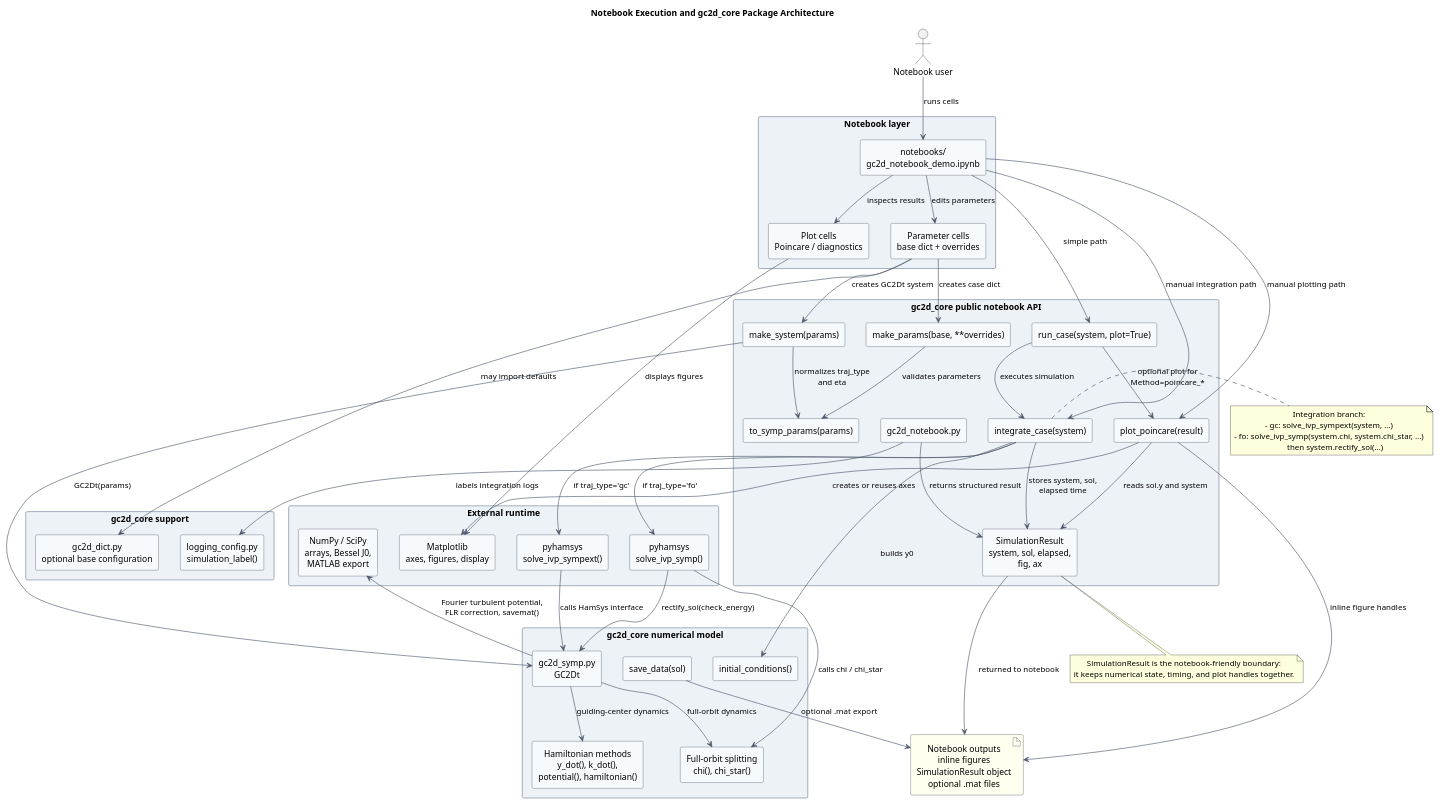
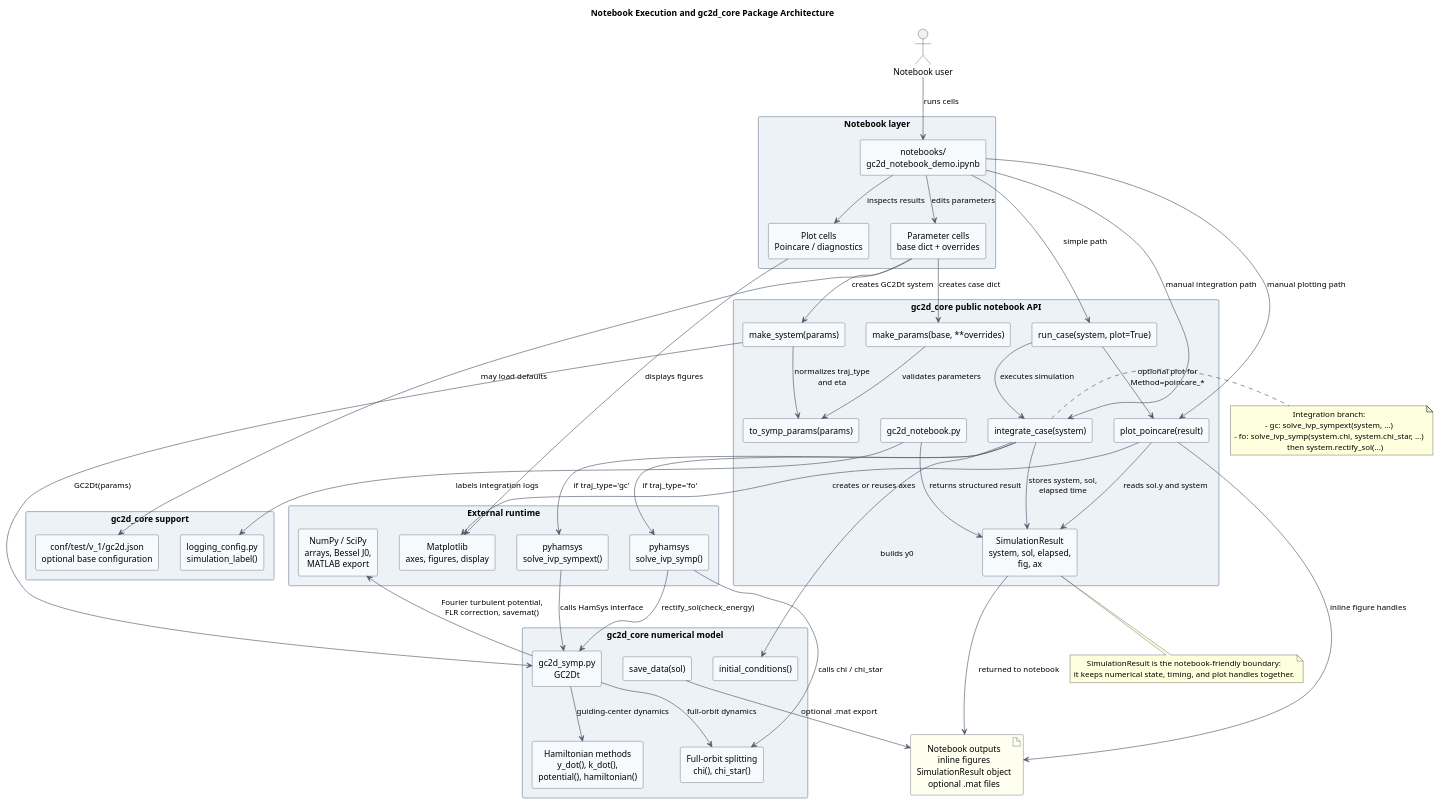
Before and after one commit to Jugibe-52/GC2D_intranet: the diagram in docs/notebook_core_architecture.puml, drawn with PlantUML. The commit also changed 15 other files, not shown here.

Commit message:
Add JSON configuration hierarchy

```diff
--- a/docs/notebook_core_architecture.puml
+++ b/docs/notebook_core_architecture.puml
@@ -1,111 +1,111 @@
 @startuml GC2D_notebook_core_architecture
 title Notebook Execution and gc2d_core Package Architecture
 
 skinparam componentStyle rectangle
 skinparam shadowing false
 skinparam packageStyle rectangle
 skinparam defaultTextAlignment center
 skinparam ArrowColor #4A5568
 skinparam ComponentBorderColor #2D3748
 skinparam ComponentBackgroundColor #F7FAFC
 skinparam PackageBorderColor #718096
 skinparam PackageBackgroundColor #EDF2F7
 skinparam ArtifactBorderColor #2D3748
 skinparam ArtifactBackgroundColor #FFFFF0
 
 actor "Notebook user" as user
 
 package "Notebook layer" {
   component "notebooks/\ngc2d_notebook_demo.ipynb" as notebook
   component "Parameter cells\nbase dict + overrides" as params_cells
   component "Plot cells\nPoincare / diagnostics" as plot_cells
 }
 
 package "gc2d_core public notebook API" {
   component "gc2d_notebook.py" as notebook_api
   component "make_params(base, **overrides)" as make_params
   component "make_system(params)" as make_system
   component "to_symp_params(params)" as to_symp_params
   component "run_case(system, plot=True)" as run_case
   component "integrate_case(system)" as integrate_case
   component "plot_poincare(result)" as plot_poincare
   component "SimulationResult\nsystem, sol, elapsed,\nfig, ax" as result
 }
 
 package "gc2d_core numerical model" {
   component "gc2d_symp.py\nGC2Dt" as gc2dt
   component "initial_conditions()" as initial_conditions
   component "Hamiltonian methods\ny_dot(), k_dot(),\npotential(), hamiltonian()" as hamiltonian_methods
   component "Full-orbit splitting\nchi(), chi_star()" as splitting_methods
   component "save_data(sol)" as save_data
 }
 
 package "gc2d_core support" {
-  component "gc2d_dict.py\noptional base configuration" as gc2d_dict
+  component "conf/test/v_1/gc2d.json\noptional base configuration" as gc2d_json
   component "logging_config.py\nsimulation_label()" as logging_config
 }
 
 package "External runtime" {
   component "pyhamsys\nsolve_ivp_sympext()" as solve_gc
   component "pyhamsys\nsolve_ivp_symp()" as solve_fo
   component "NumPy / SciPy\narrays, Bessel J0,\nMATLAB export" as scientific_stack
   component "Matplotlib\naxes, figures, display" as matplotlib
 }
 
 artifact "Notebook outputs\ninline figures\nSimulationResult object\noptional .mat files" as outputs
 
 user --> notebook : runs cells
 notebook --> params_cells : edits parameters
 notebook --> plot_cells : inspects results
 
-params_cells --> gc2d_dict : may import defaults
+params_cells --> gc2d_json : may load defaults
 params_cells --> make_params : creates case dict
 params_cells --> make_system : creates GC2Dt system
 
 notebook --> run_case : simple path
 notebook --> integrate_case : manual integration path
 notebook --> plot_poincare : manual plotting path
 
 notebook_api --> logging_config : labels integration logs
 notebook_api --> result : returns structured result
 
 make_params --> to_symp_params : validates parameters
 make_system --> to_symp_params : normalizes traj_type\nand eta
 make_system --> gc2dt : GC2Dt(params)
 run_case --> integrate_case : executes simulation
 run_case --> plot_poincare : optional plot for\nMethod=poincare_*
 
 integrate_case --> initial_conditions : builds y0
 integrate_case --> solve_gc : if traj_type='gc'
 integrate_case --> solve_fo : if traj_type='fo'
 integrate_case --> result : stores system, sol,\nelapsed time
 
 gc2dt --> hamiltonian_methods : guiding-center dynamics
 gc2dt --> splitting_methods : full-orbit dynamics
 gc2dt --> scientific_stack : Fourier turbulent potential,\nFLR correction, savemat()
 
 solve_gc --> gc2dt : calls HamSys interface
 solve_fo --> splitting_methods : calls chi / chi_star
 solve_fo --> gc2dt : rectify_sol(check_energy)
 
 plot_poincare --> result : reads sol.y and system
 plot_poincare --> matplotlib : creates or reuses axes
 plot_cells --> matplotlib : displays figures
 
 save_data --> outputs : optional .mat export
 plot_poincare --> outputs : inline figure handles
 result --> outputs : returned to notebook
 
 note right of integrate_case
   Integration branch:
   - gc: solve_ivp_sympext(system, ...)
   - fo: solve_ivp_symp(system.chi, system.chi_star, ...)
         then system.rectify_sol(...)
 end note
 
 note bottom of result
   SimulationResult is the notebook-friendly boundary:
   it keeps numerical state, timing, and plot handles together.
 end note
 
 @enduml
```
